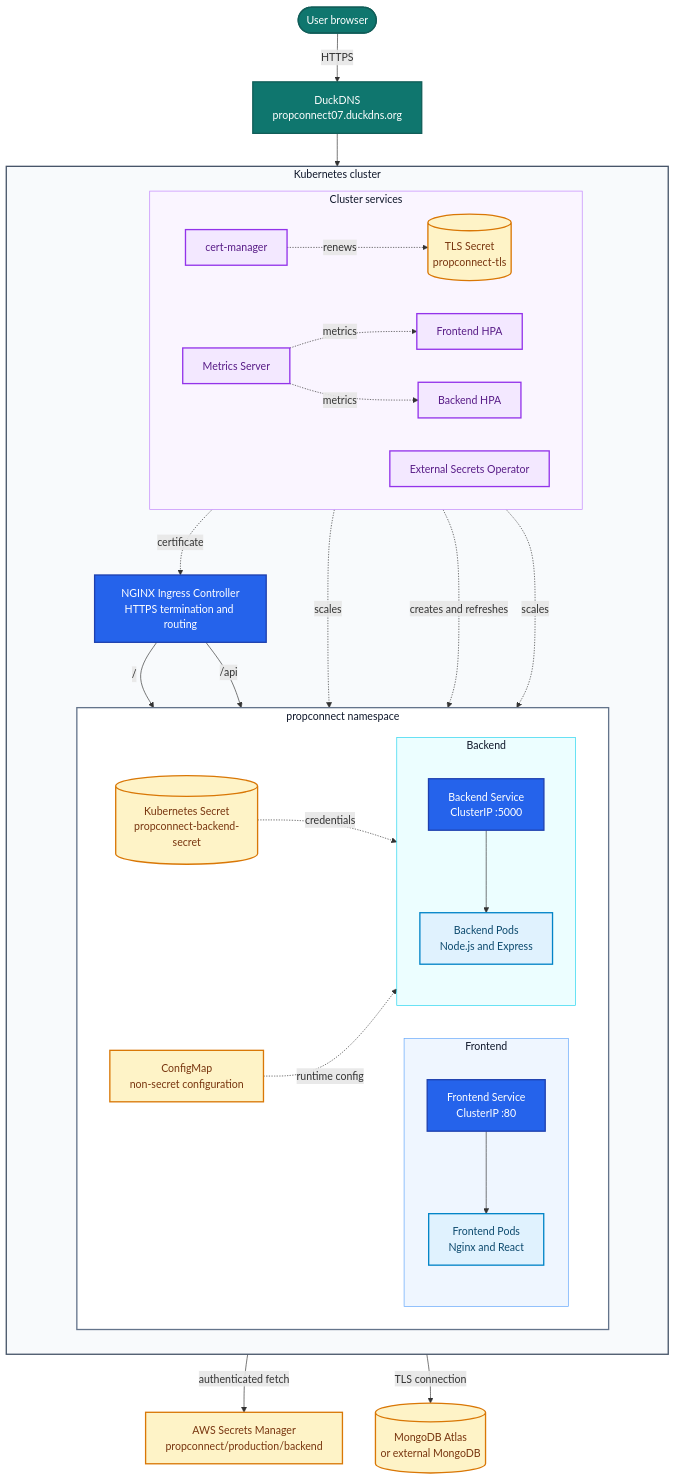
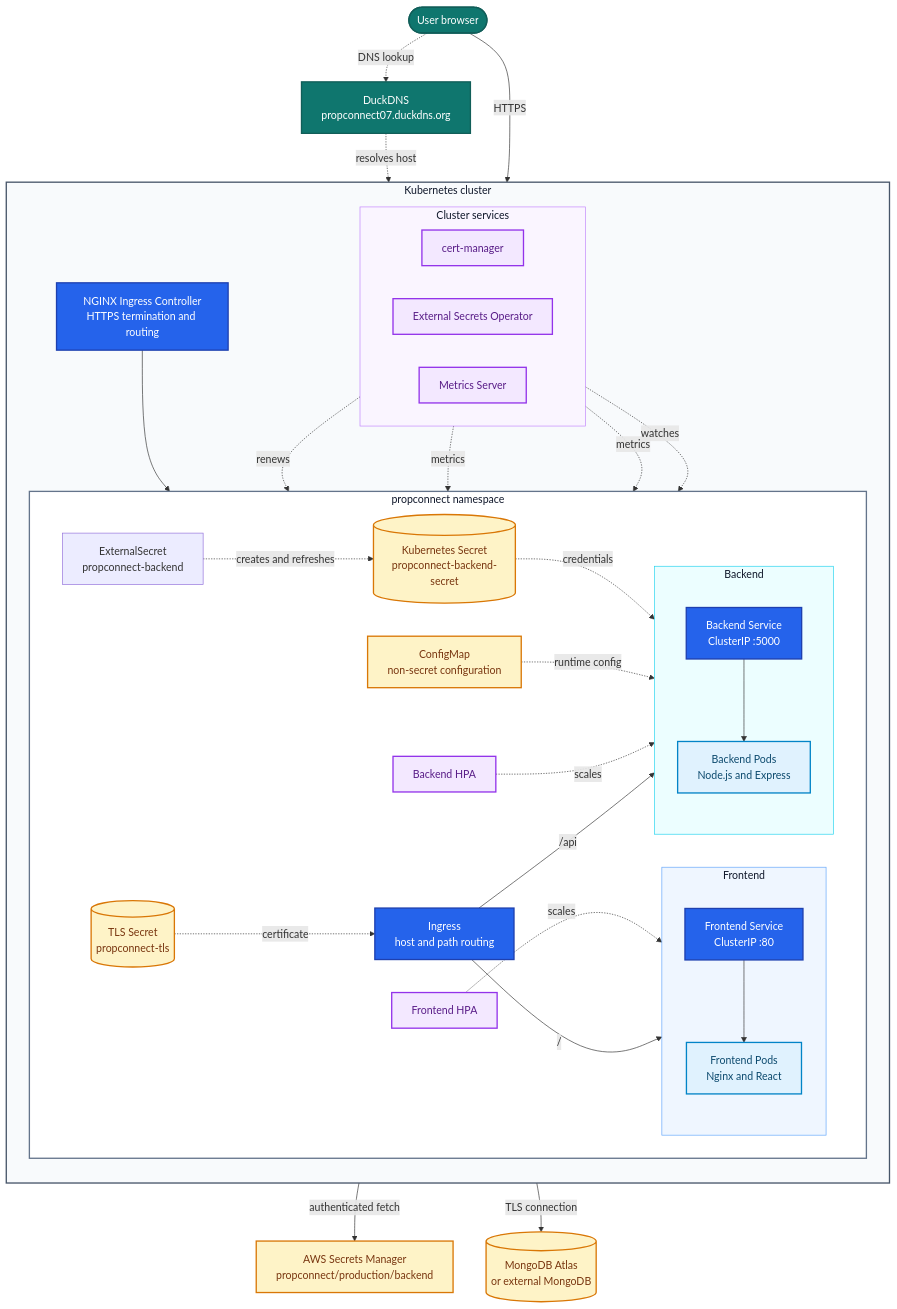
Before and after one commit to charansaipashikanti/propconnect: the diagram in k8s/README.md, drawn with Mermaid.

```diff
--- a/k8s/README.md
+++ b/k8s/README.md
@@ -11,7 +11,7 @@
 
     subgraph cluster["Kubernetes cluster"]
         direction TB
-        ingress["NGINX Ingress Controller<br/>HTTPS termination and routing"]
+        ingressController["NGINX Ingress Controller<br/>HTTPS termination and routing"]
 
         subgraph app["propconnect namespace"]
             direction LR
@@ -32,37 +32,43 @@
 
             appSecret[("Kubernetes Secret<br/>propconnect-backend-secret")]
             appConfig["ConfigMap<br/>non-secret configuration"]
+            externalSecret["ExternalSecret<br/>propconnect-backend"]
+            ingress["Ingress<br/>host and path routing"]
+            tlsSecret[("TLS Secret<br/>propconnect-tls")]
+            frontendHpa["Frontend HPA"]
+            backendHpa["Backend HPA"]
+
             appSecret -. "credentials" .-> backendPods
             appConfig -. "runtime config" .-> backendPods
+            externalSecret -. "creates and refreshes" .-> appSecret
+            tlsSecret -. "certificate" .-> ingress
+            frontendHpa -. "scales" .-> frontendPods
+            backendHpa -. "scales" .-> backendPods
+            ingress -->|"/"| frontendSvc
+            ingress -->|"/api"| backendSvc
         end
 
         subgraph operations["Cluster services"]
             direction LR
             certManager["cert-manager"]
-            tlsSecret[("TLS Secret<br/>propconnect-tls")]
             eso["External Secrets Operator"]
             metrics["Metrics Server"]
-            frontendHpa["Frontend HPA"]
-            backendHpa["Backend HPA"]
 
             certManager -. "renews" .-> tlsSecret
             metrics -. "metrics" .-> frontendHpa
             metrics -. "metrics" .-> backendHpa
         end
 
-        ingress -->|"/"| frontendSvc
-        ingress -->|"/api"| backendSvc
-        tlsSecret -. "certificate" .-> ingress
-        frontendHpa -. "scales" .-> frontendPods
-        backendHpa -. "scales" .-> backendPods
-        eso -. "creates and refreshes" .-> appSecret
+        ingressController --> ingress
+        eso -. "watches" .-> externalSecret
     end
 
     secrets["AWS Secrets Manager<br/>propconnect/production/backend"]
     mongo[("MongoDB Atlas<br/>or external MongoDB")]
 
-    browser -->|"HTTPS"| dns
-    dns --> ingress
+    browser -. "DNS lookup" .-> dns
+    dns -. "resolves host" .-> ingressController
+    browser -->|"HTTPS"| ingressController
     eso -->|"authenticated fetch"| secrets
     backendPods -->|"TLS connection"| mongo
 
@@ -73,7 +79,7 @@
     classDef ops fill:#f3e8ff,color:#581c87,stroke:#9333ea,stroke-width:2px;
 
     class browser,dns edge;
-    class ingress,frontendSvc,backendSvc service;
+    class ingressController,ingress,frontendSvc,backendSvc service;
     class frontendPods,backendPods workload;
     class appSecret,appConfig,secrets,mongo,tlsSecret data;
     class certManager,eso,metrics,frontendHpa,backendHpa ops;
```
